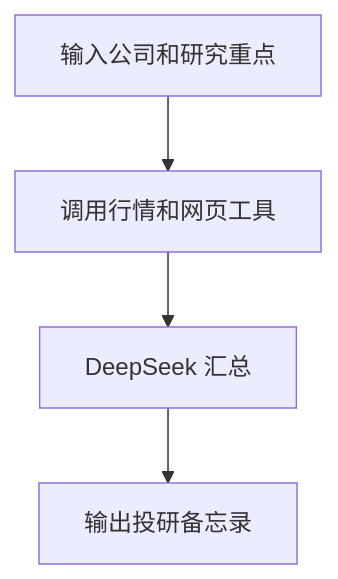
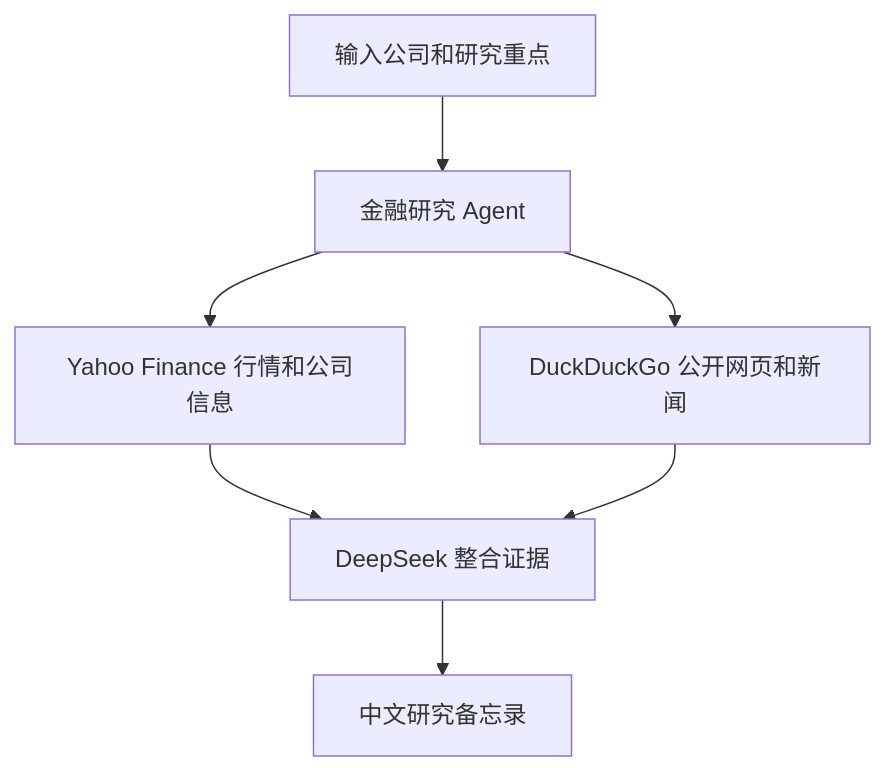
The diagram in finance-llm-agent-demos/18-financial_research_workspace/README.md (mindandhand/finance-llm-apps-roadmap), drawn with Mermaid before and after one commit. The commit also changed other lines of this file and 34 other files, not shown here.

````diff
--- a/finance-llm-agent-demos/18-financial_research_workspace/README.md
+++ b/finance-llm-agent-demos/18-financial_research_workspace/README.md
@@ -17,6 +107,9 @@
 ```mermaid
 flowchart TD
-    A["输入公司和研究重点"] --> B["调用行情和网页工具"]
-    B --> C["DeepSeek 汇总"]
-    C --> D["输出投研备忘录"]
+    A[输入公司和研究重点] --> B[金融研究 Agent]
+    B --> C[Yahoo Finance 行情和公司信息]
+    B --> D[DuckDuckGo 公开网页和新闻]
+    C --> E[DeepSeek 整合证据]
+    D --> E
+    E --> F[中文研究备忘录]
 ```
````
